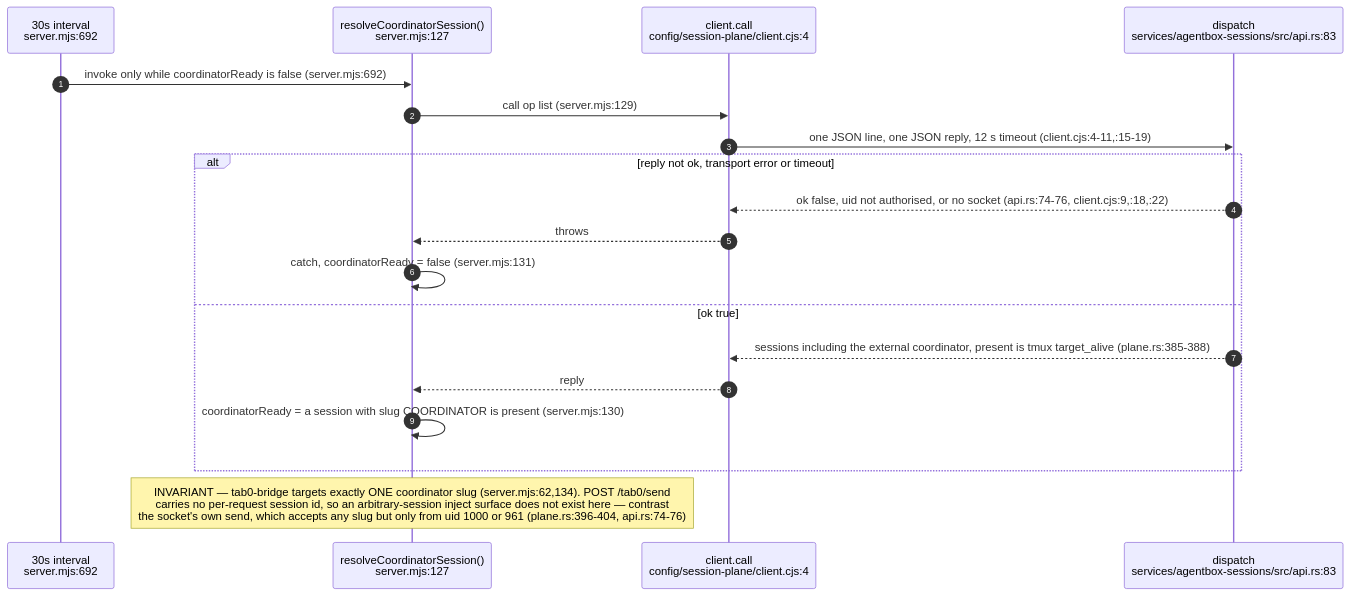
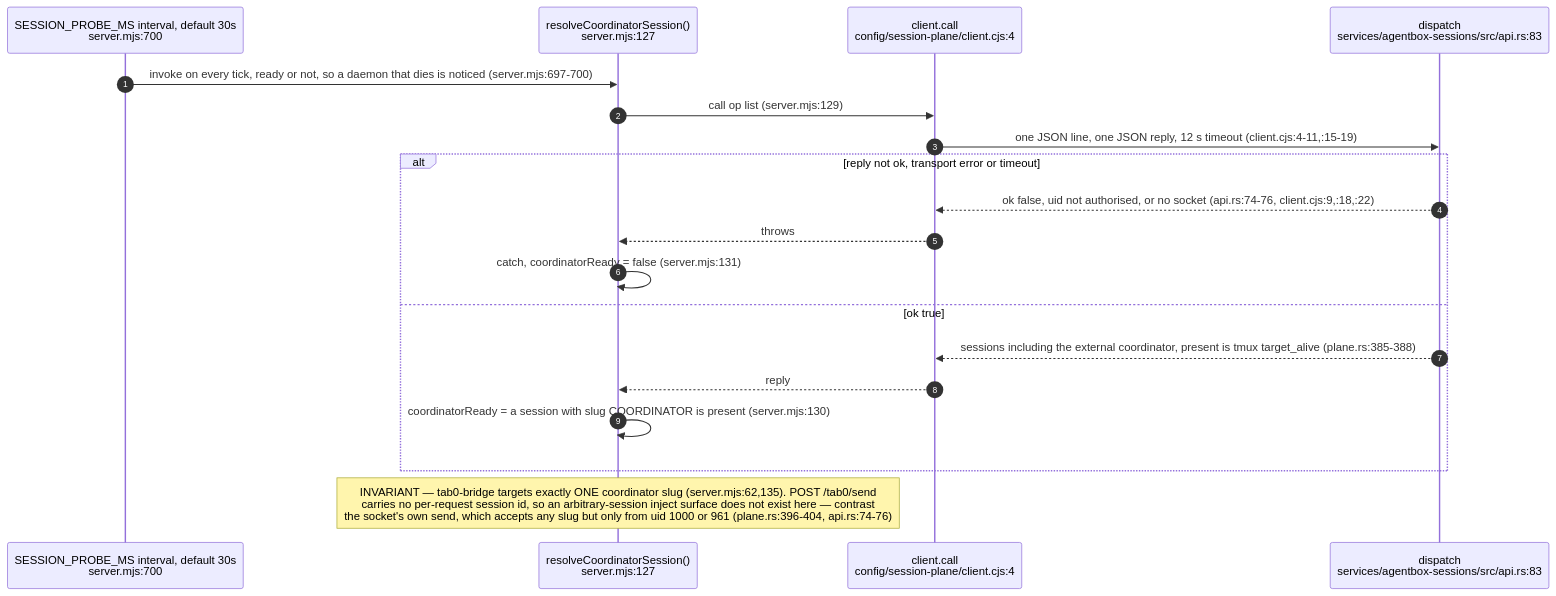
The fourth of 12 diagrams in docs/diagrams/agentbox/12-tab0-bridge-and-interaction-plane.md (DreamLab-AI/VisionFlow), drawn with Mermaid before and after one commit. The commit also changed other lines of this file and 142 other files, not shown here.

First line of the commit message:
docs(diagrams): one System One route; re-verify 140 topics at today's heads

````diff
--- a/docs/diagrams/agentbox/12-tab0-bridge-and-interaction-plane.md
+++ b/docs/diagrams/agentbox/12-tab0-bridge-and-interaction-plane.md
@@ -172,22 +172,22 @@
 ```mermaid
 sequenceDiagram
     autonumber
-    participant Ti as 30s interval<br/>server.mjs:692
+    participant Ti as SESSION_PROBE_MS interval, default 30s<br/>server.mjs:700
     participant R as resolveCoordinatorSession()<br/>server.mjs:127
     participant Cl as client.call<br/>config/session-plane/client.cjs:4
     participant Sock as dispatch<br/>services/agentbox-sessions/src/api.rs:83
 
-    Ti->>R: invoke only while coordinatorReady is false (server.mjs:692)
+    Ti->>R: invoke on every tick, ready or not, so a daemon that dies is noticed (server.mjs:697-700)
     R->>Cl: call op list (server.mjs:129)
     Cl->>Sock: one JSON line, one JSON reply, 12 s timeout (client.cjs:4-11,:15-19)
     alt reply not ok, transport error or timeout
         Sock-->>Cl: ok false, uid not authorised, or no socket (api.rs:74-76, client.cjs:9,:18,:22)
         Cl-->>R: throws
         R->>R: catch, coordinatorReady = false (server.mjs:131)
     else ok true
         Sock-->>Cl: sessions including the external coordinator, present is tmux target_alive (plane.rs:385-388)
         Cl-->>R: reply
         R->>R: coordinatorReady = a session with slug COORDINATOR is present (server.mjs:130)
     end
-Note over R: INVARIANT — tab0-bridge targets exactly ONE coordinator slug (server.mjs:62,134). POST /tab0/send<br/>carries no per-request session id, so an arbitrary-session inject surface does not exist here — contrast<br/>the socket's own send, which accepts any slug but only from uid 1000 or 961 (plane.rs:396-404, api.rs:74-76)
+Note over R: INVARIANT — tab0-bridge targets exactly ONE coordinator slug (server.mjs:62,135). POST /tab0/send<br/>carries no per-request session id, so an arbitrary-session inject surface does not exist here — contrast<br/>the socket's own send, which accepts any slug but only from uid 1000 or 961 (plane.rs:396-404, api.rs:74-76)
 ```
````
